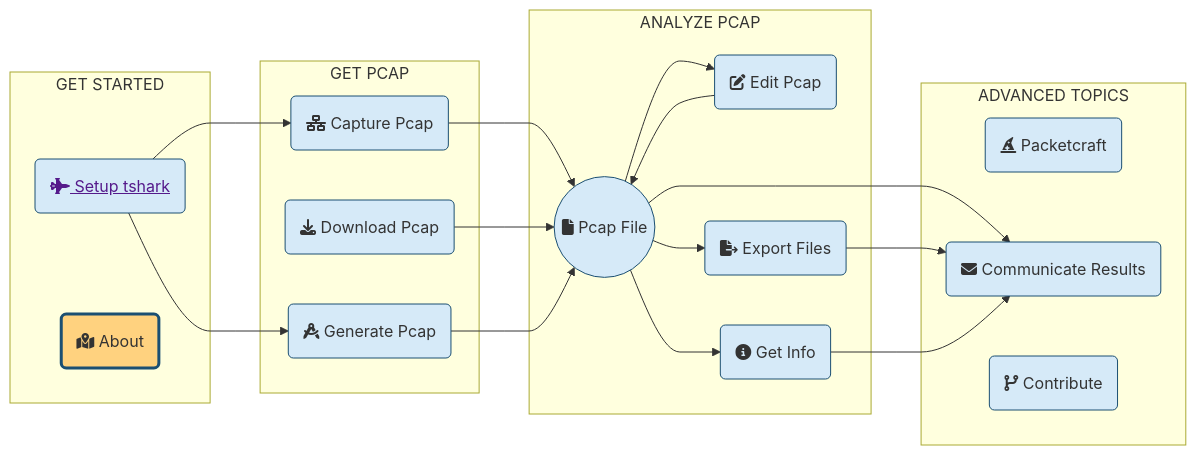
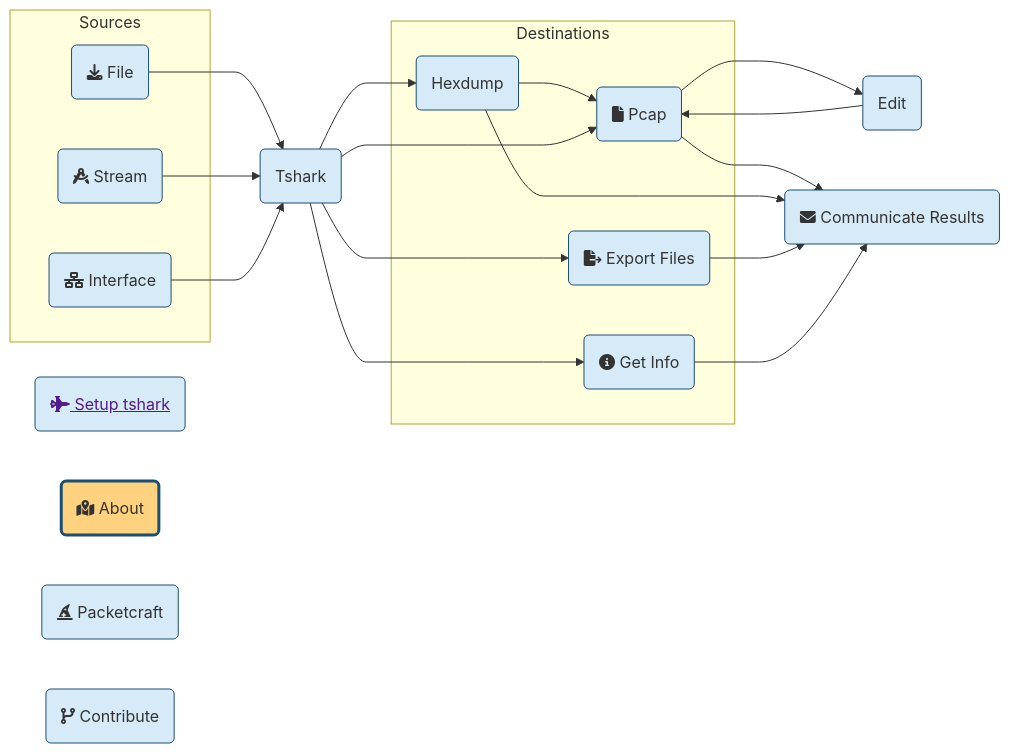
Before and after one commit to pocc/tshark.dev: the diagram in layouts/partials/mermaid-map.mmd, drawn with Mermaid. The commit also changed 40 other files, not shown here.

```diff
--- a/layouts/partials/mermaid-map.mmd
+++ b/layouts/partials/mermaid-map.mmd
@@ -1,49 +1,51 @@
 %% Basis for HTML
 graph LR
     %% Elements
-    subgraph GET STARTED
+
     SETUP(<a href=>fa:fa-fighter-jet Setup tshark </a>)
     MAP(fa:fa-map-marked-alt About)
-    end 
 
-    subgraph GET PCAP
-    CAPTURE(fa:fa-network-wired Capture Pcap )
-    GEN(fa:fa-drafting-compass Generate Pcap )
-    DL(fa:fa-download Download Pcap )
+    subgraph "Sources"
+    CAPTURE(fa:fa-network-wired Interface )
+    GEN(fa:fa-drafting-compass Stream )
+    DL(fa:fa-download File)
     end
 
-    subgraph ANALYZE PCAP
-    PCAP((fa:fa-file Pcap File ))
-    EDIT(fa:fa-edit Edit Pcap )
+    TSHARK(Tshark)
+    EDIT(Edit)
+
+    subgraph "Destinations"
+    PCAP(fa:fa-file Pcap )
     EXPORT(fa:fa-file-export Export Files )
+    HEX(Hexdump)
     INFO(fa:fa-info-circle Get Info )
     end
 
-    subgraph ADVANCED TOPICS
     ADV(fa:fa-hat-wizard Packetcraft )
     COMM(fa:fa-envelope Communicate Results )
     HELP(fa:fa-code-branch Contribute )
-    end
 
     %% CSS
     %% Using blues from https://htmlcolorcodes.com/
     linkStyle default interpolate monotoneX
 	classDef others fill:#D6EAF8,stroke:#1B4F72;
 	classDef thisnode fill:#ffd27f,stroke:#1B4F72;
-	class SETUP,CAPTURE,DL,GEN,LIVE,PCAP,EDIT,EXPORT,INFO,COMM,ADV,HELP others
+	class SETUP,CAPTURE,TSHARK,DL,GEN,LIVE,PCAP,EDIT,EXPORT,INFO,COMM,ADV,HELP,HEX others
 	class MAP thisnode
 	style MAP stroke-width:3px; 
     %% Relationships
-    SETUP --> CAPTURE
-    SETUP --> GEN
-    CAPTURE --> PCAP
-    DL --> PCAP
-    GEN --> PCAP
+    TSHARK --> HEX
+    TSHARK --> EXPORT
+    TSHARK --> INFO
+    DL --> TSHARK
+    GEN --> TSHARK
+    CAPTURE --> TSHARK
 
+    HEX --> PCAP
     PCAP --> EDIT
     EDIT --> PCAP
-    PCAP --> EXPORT
-    PCAP --> INFO
+    TSHARK --> PCAP
     PCAP --> COMM
+    HEX --> COMM
     EXPORT --> COMM
     INFO --> COMM
```
